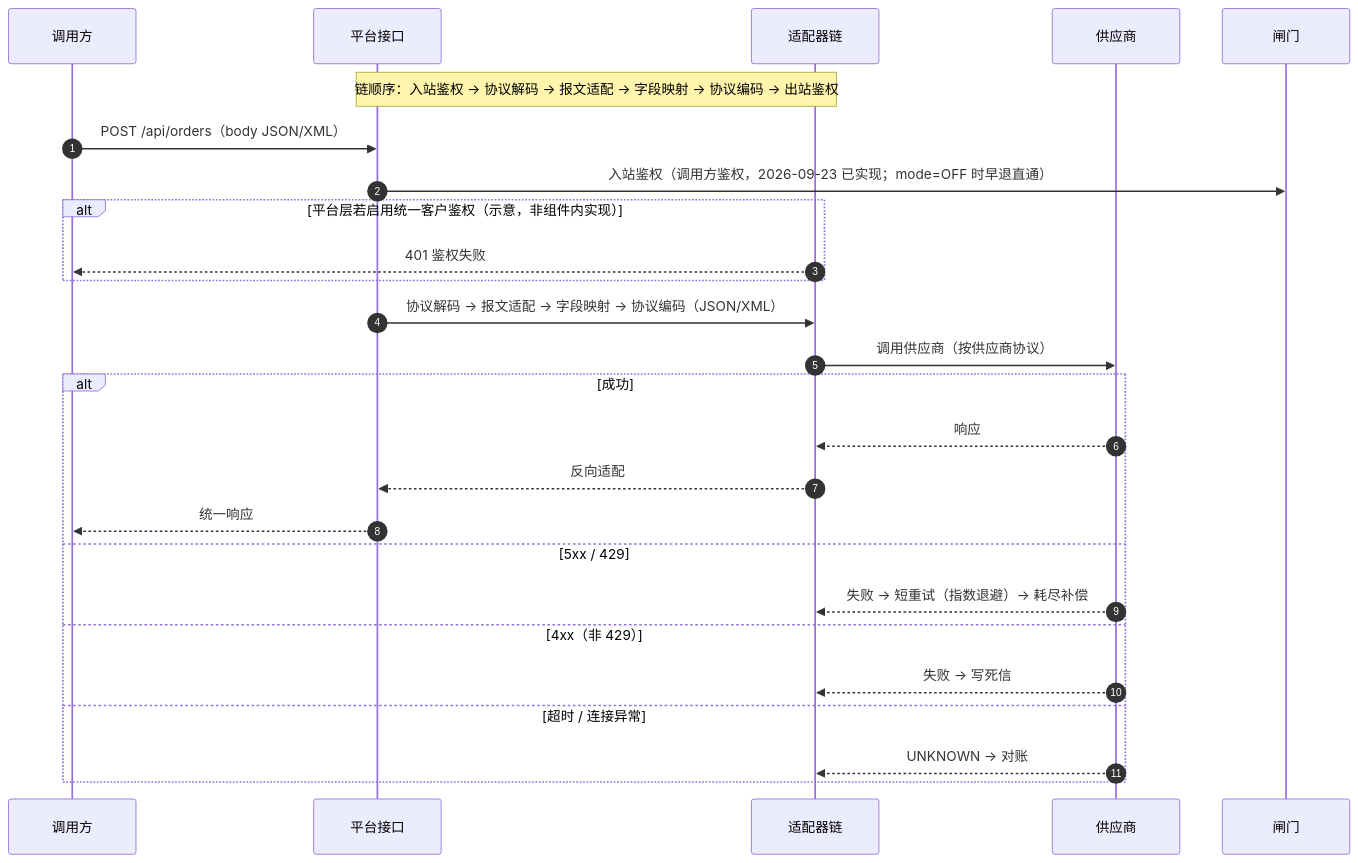
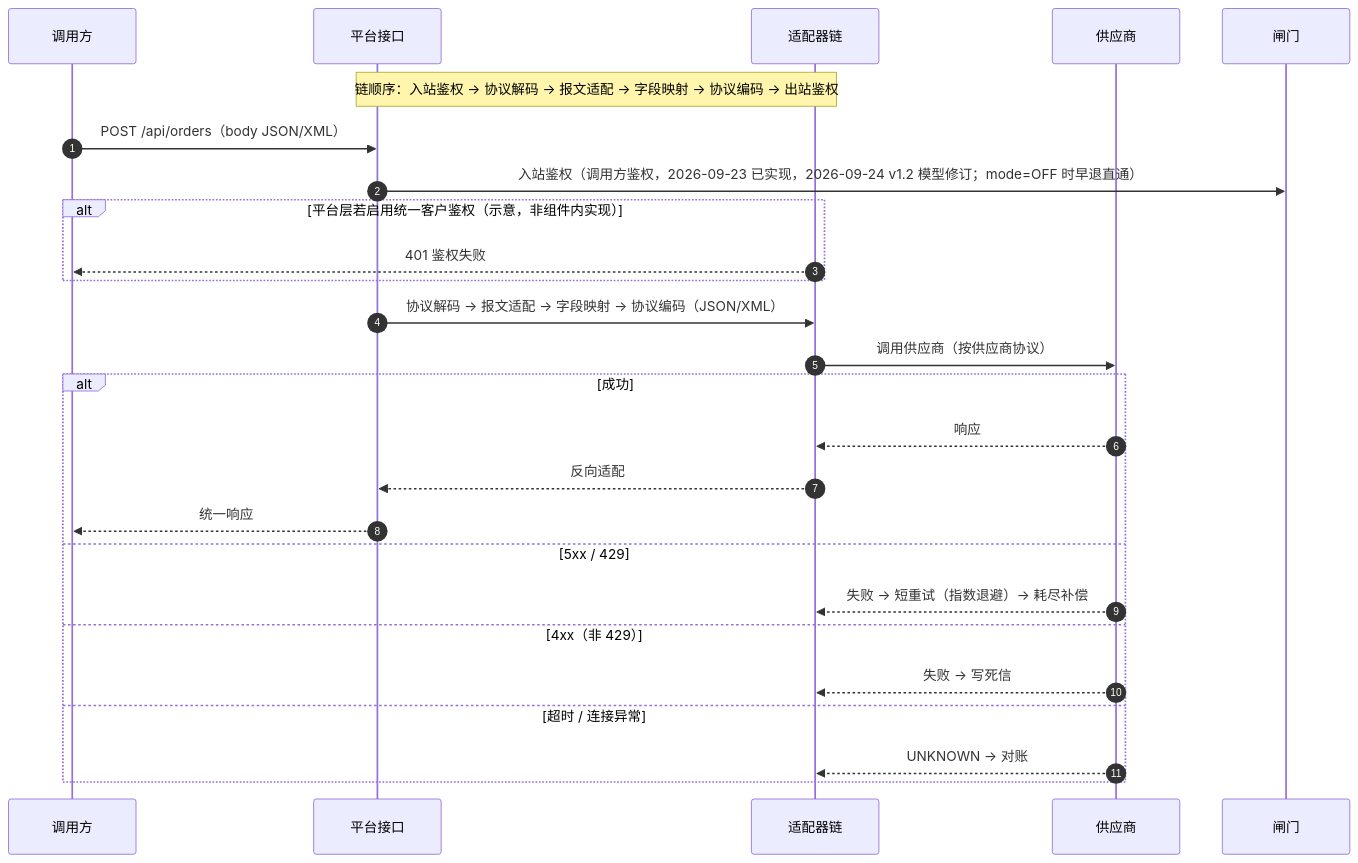
One commit to HelloWorldKing1/apicenter changed the second of 4 diagrams in src/main/resources/doc/API中心时序图与流程图.md. Above: the diagram before and after it, drawn with Mermaid. The commit also changed other lines of this file and 10 other files, not shown here.

````diff
--- a/src/main/resources/doc/API中心时序图与流程图.md
+++ b/src/main/resources/doc/API中心时序图与流程图.md
@@ -35,28 +35,28 @@
 ```mermaid
 sequenceDiagram
     autonumber
     participant 调用方 as 调用方
     participant GW as 平台接口
     participant 链 as 适配器链
     participant SP as 供应商
 
     Note over GW,链: 链顺序：入站鉴权 → 协议解码 → 报文适配 → 字段映射 → 协议编码 → 出站鉴权
     调用方->>GW: POST /api/orders（body JSON/XML）
-    GW->>闸门: 入站鉴权（调用方鉴权，2026-09-23 已实现；mode=OFF 时早退直通）
+    GW->>闸门: 入站鉴权（调用方鉴权，2026-09-23 已实现，2026-09-24 v1.2 模型修订；mode=OFF 时早退直通）
     alt 平台层若启用统一客户鉴权（示意，非组件内实现）
         链-->>调用方: 401 鉴权失败
     end
     GW->>链: 协议解码 → 报文适配 → 字段映射 → 协议编码（JSON/XML）
     链->>SP: 调用供应商（按供应商协议）
     alt 成功
         SP-->>链: 响应
         链-->>GW: 反向适配
         GW-->>调用方: 统一响应
     else 5xx / 429
         SP-->>链: 失败 → 短重试（指数退避）→ 耗尽补偿
     else 4xx（非 429）
         SP-->>链: 失败 → 写死信
     else 超时 / 连接异常
         SP-->>链: UNKNOWN → 对账
     end
 ```
````
